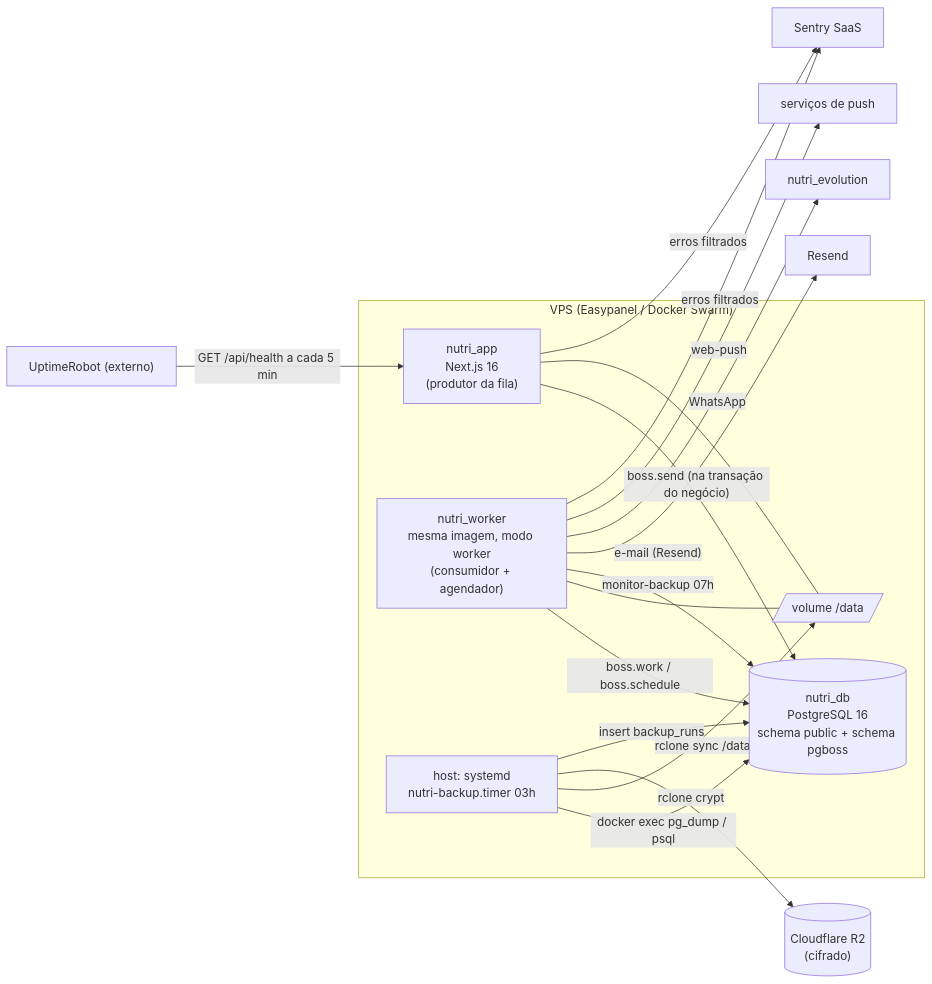
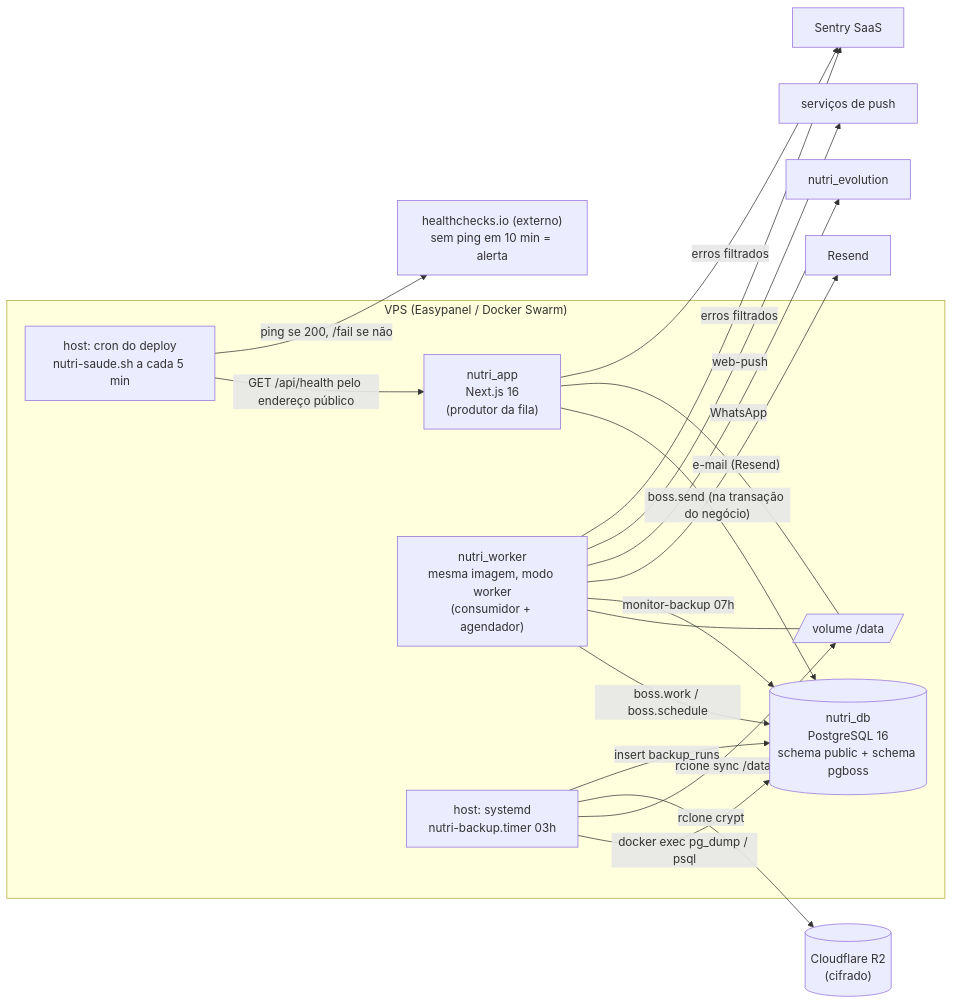
Before and after one commit to fabianojp06/nutridebby: the first of 6 diagrams in docs/manual-tecnico/06-worker-seguranca-operacao.md, drawn with Mermaid. The commit also changed other lines of this file and 5 other files, not shown here.

````diff
--- a/docs/manual-tecnico/06-worker-seguranca-operacao.md
+++ b/docs/manual-tecnico/06-worker-seguranca-operacao.md
@@ -20,25 +20,27 @@
 ```mermaid
 flowchart LR
   subgraph VPS["VPS (Easypanel / Docker Swarm)"]
     APP["nutri_app<br/>Next.js 16<br/>(produtor da fila)"]
     WK["nutri_worker<br/>mesma imagem, modo worker<br/>(consumidor + agendador)"]
     DB[("nutri_db<br/>PostgreSQL 16<br/>schema public + schema pgboss")]
     DATA[/"volume /data"/]
     HOST["host: systemd<br/>nutri-backup.timer 03h"]
+    CRON["host: cron do deploy<br/>nutri-saude.sh a cada 5 min"]
   end
   APP -- "boss.send (na transação do negócio)" --> DB
   WK -- "boss.work / boss.schedule" --> DB
   APP --- DATA
   WK --- DATA
   HOST -- "docker exec pg_dump / psql" --> DB
   HOST -- "rclone sync /data" --> DATA
   HOST -- "rclone crypt" --> R2[("Cloudflare R2<br/>(cifrado)")]
   HOST -- "insert backup_runs" --> DB
   WK -- "monitor-backup 07h" --> DB
   WK -- "e-mail (Resend)" --> EXT1["Resend"]
   WK -- "WhatsApp" --> EVO["nutri_evolution"]
   WK -- "web-push" --> PUSH["serviços de push"]
-  UP["UptimeRobot (externo)"] -- "GET /api/health a cada 5 min" --> APP
+  CRON -- "GET /api/health pelo endereço público" --> APP
+  CRON -- "ping se 200, /fail se não" --> HC["healthchecks.io (externo)<br/>sem ping em 10 min = alerta"]
   APP -- "erros filtrados" --> SEN["Sentry SaaS"]
   WK -- "erros filtrados" --> SEN
 ```
````
